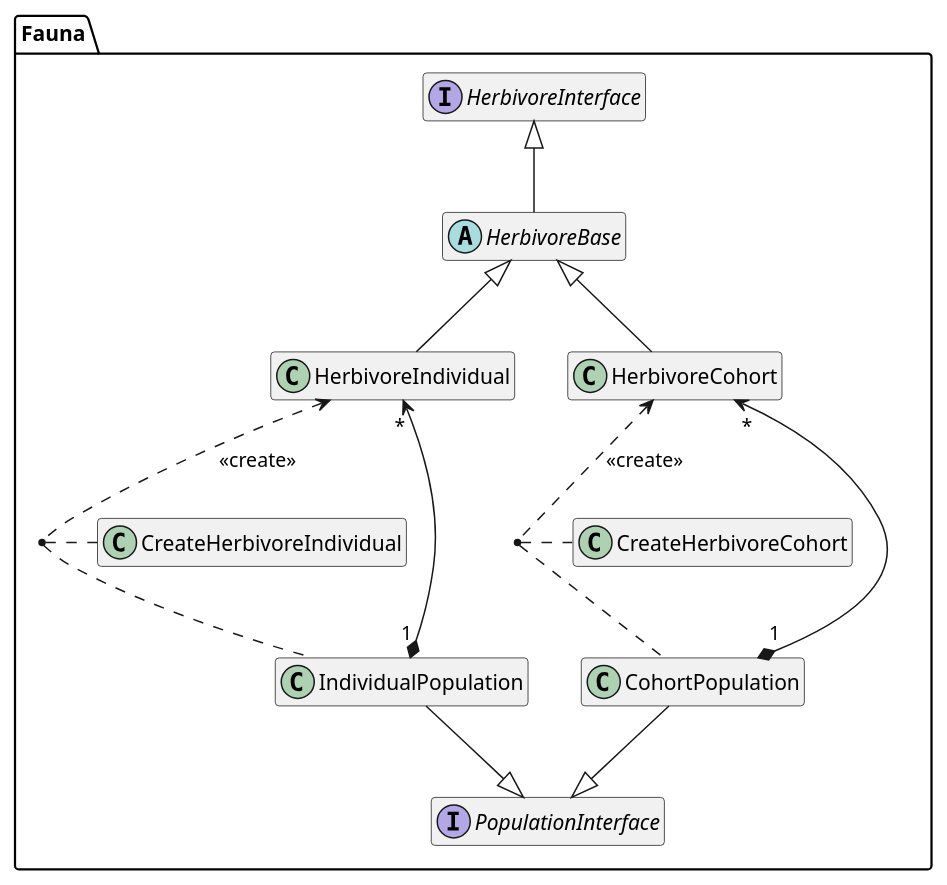
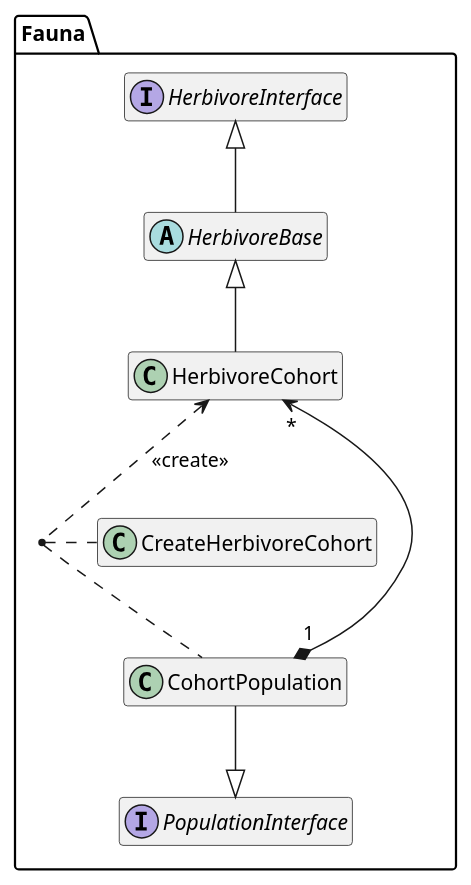
The fifth of 13 diagrams in docs/diagrams.iuml (wtraylor/modular_megafauna_model), drawn with PlantUML before and after one commit. The commit also changed other lines of this file and 27 other files, not shown here.

```diff
--- a/docs/diagrams.iuml
+++ b/docs/diagrams.iuml
@@ -99,20 +99,15 @@
 @startuml (id=herbivore_classes)
   hide members
   hide methods
   namespace Fauna {
     interface HerbivoreInterface
     interface PopulationInterface
     abstract HerbivoreBase
     HerbivoreInterface  <|-- HerbivoreBase
-    HerbivoreBase       <|-- HerbivoreIndividual
     HerbivoreBase       <|-- HerbivoreCohort
-    PopulationInterface <|-up- IndividualPopulation
     PopulationInterface <|-up- CohortPopulation
-    HerbivoreIndividual "*" <--* "1" IndividualPopulation
     HerbivoreCohort     "*" <--* "1" CohortPopulation
-    HerbivoreIndividual  <..  IndividualPopulation : <<create>>
-    (HerbivoreIndividual, IndividualPopulation) .. CreateHerbivoreIndividual
     HerbivoreCohort      <..  CohortPopulation     : <<create>>
     (HerbivoreCohort, CohortPopulation) .. CreateHerbivoreCohort
   }
 @enduml
```
